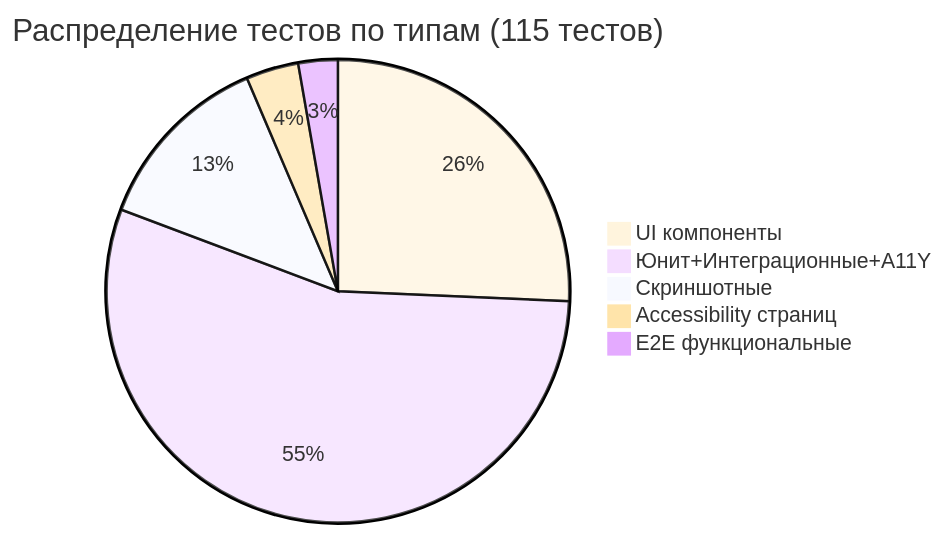
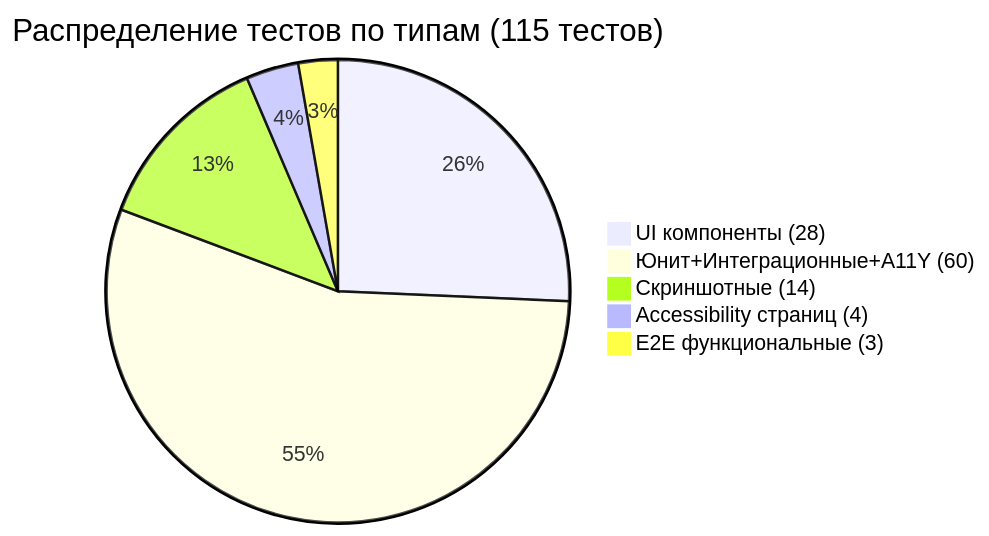
One commit to etozhenerk/shri-2025 changed the fifth of 5 diagrams in docs/presentation.md. Above: the diagram before and after it, drawn with Mermaid.

````diff
--- a/docs/presentation.md
+++ b/docs/presentation.md
@@ -1095,9 +1095,9 @@
 ```mermaid
-%%{init: {'theme':'base', 'themeVariables': { 'fontSize': '18px', 'fontFamily': 'Arial'}}}%%
+%%{init: {'theme':'default', 'themeVariables': { 'fontSize': '18px', 'fontFamily': 'Arial', 'primaryColor': '#ffffff', 'primaryTextColor': '#000000', 'primaryBorderColor': '#000000', 'lineColor': '#000000', 'secondaryColor': '#ffffff', 'tertiaryColor': '#ffffff'}}}%%
 pie title Распределение тестов по типам (115 тестов)
-    "UI компоненты" : 28
-    "Юнит+Интеграционные+A11Y" : 60
-    "Скриншотные" : 14
-    "Accessibility страниц" : 4
-    "E2E функциональные" : 3
+    "UI компоненты (28)" : 28
+    "Юнит+Интеграционные+A11Y (60)" : 60
+    "Скриншотные (14)" : 14
+    "Accessibility страниц (4)" : 4
+    "E2E функциональные (3)" : 3
 ```
````
